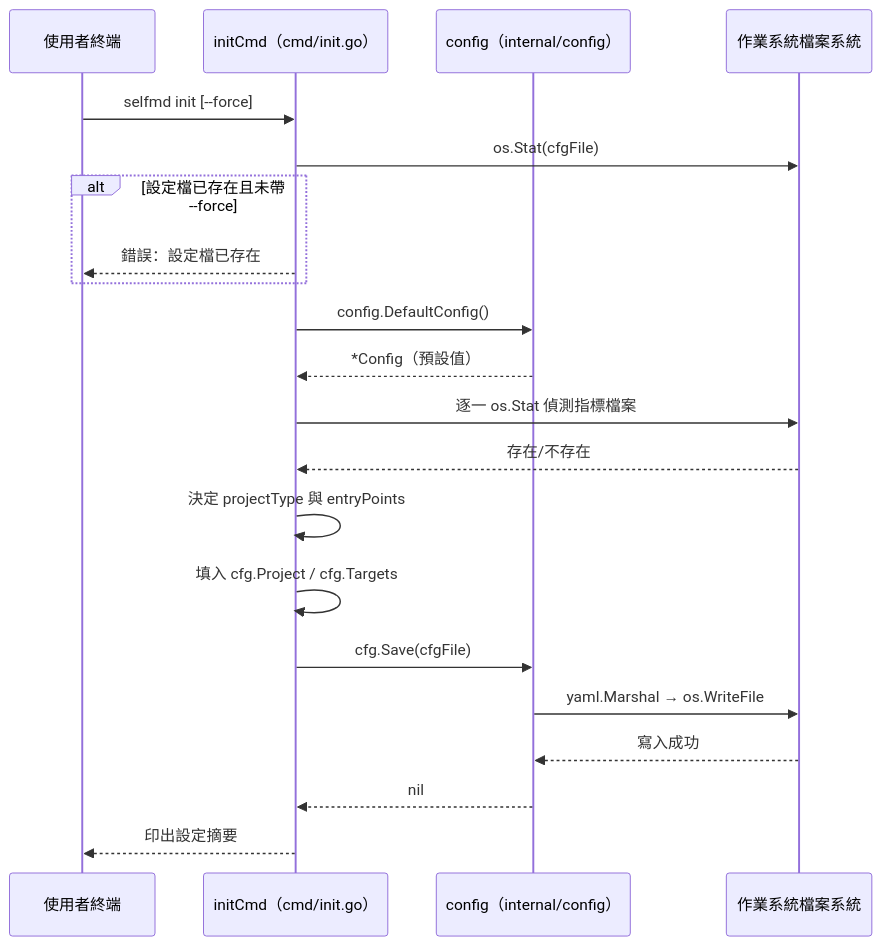
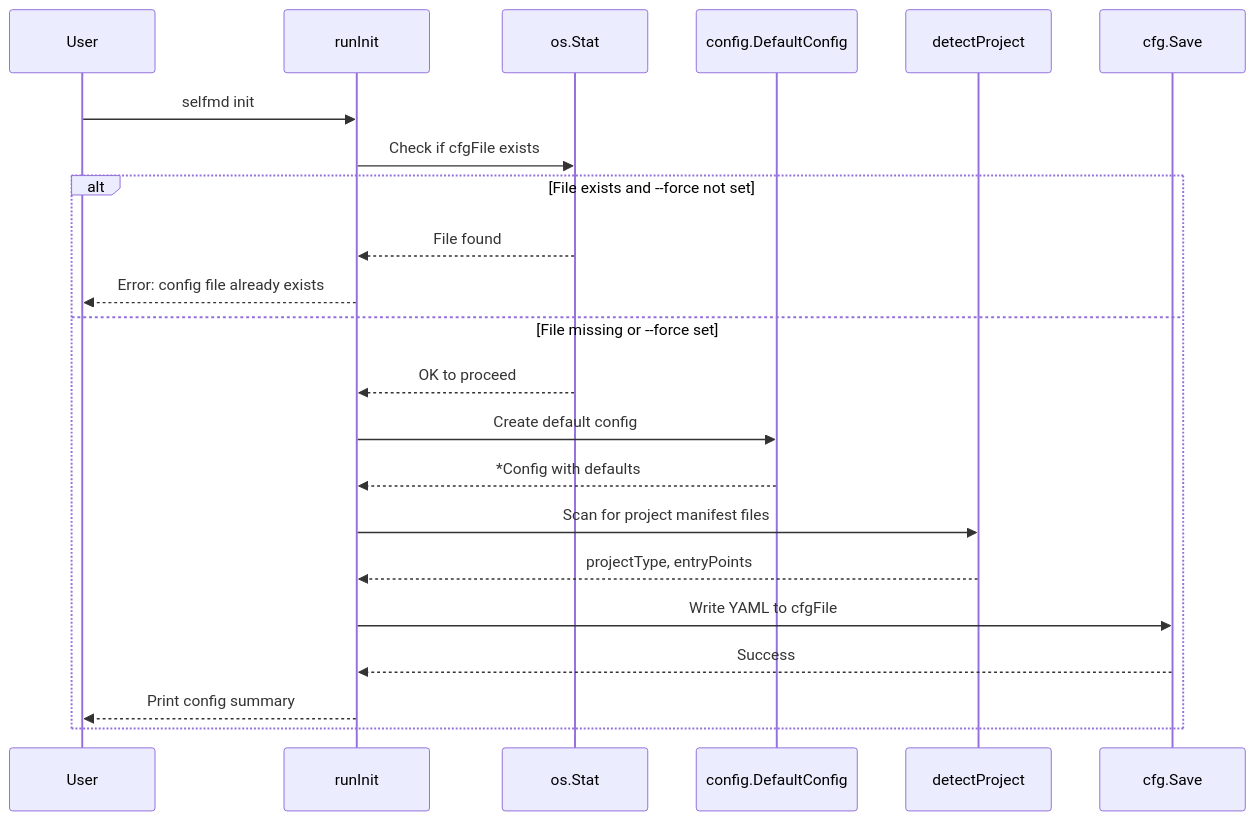
Before and after one commit to monkenWu/selfmd-claude-code: the second of 2 diagrams in docs/cli/cmd-init/index.md, drawn with Mermaid. The commit also changed other lines of this file and 145 other files, not shown here.

````diff
--- a/docs/cli/cmd-init/index.md
+++ b/docs/cli/cmd-init/index.md
@@ -183,24 +67,25 @@
 ```mermaid
 sequenceDiagram
-    participant CLI as 使用者終端
-    participant initCmd as initCmd（cmd/init.go）
-    participant config as config（internal/config）
-    participant OS as 作業系統檔案系統
+    participant User
+    participant initCmd as runInit
+    participant OS as os.Stat
+    participant Config as config.DefaultConfig
+    participant Detect as detectProject
+    participant Save as cfg.Save
 
-    CLI->>initCmd: selfmd init [--force]
-    initCmd->>OS: os.Stat(cfgFile)
-    alt 設定檔已存在且未帶 --force
-        initCmd-->>CLI: 錯誤：設定檔已存在
+    User->>initCmd: selfmd init
+    initCmd->>OS: Check if cfgFile exists
+    alt File exists and --force not set
+        OS-->>initCmd: File found
+        initCmd-->>User: Error: config file already exists
+    else File missing or --force set
+        OS-->>initCmd: OK to proceed
+        initCmd->>Config: Create default config
+        Config-->>initCmd: *Config with defaults
+        initCmd->>Detect: Scan for project manifest files
+        Detect-->>initCmd: projectType, entryPoints
+        initCmd->>Save: Write YAML to cfgFile
+        Save-->>initCmd: Success
+        initCmd-->>User: Print config summary
     end
-    initCmd->>config: config.DefaultConfig()
-    config-->>initCmd: *Config（預設值）
-    initCmd->>OS: 逐一 os.Stat 偵測指標檔案
-    OS-->>initCmd: 存在/不存在
-    initCmd->>initCmd: 決定 projectType 與 entryPoints
-    initCmd->>initCmd: 填入 cfg.Project / cfg.Targets
-    initCmd->>config: cfg.Save(cfgFile)
-    config->>OS: yaml.Marshal → os.WriteFile
-    OS-->>config: 寫入成功
-    config-->>initCmd: nil
-    initCmd-->>CLI: 印出設定摘要
 ```
````
